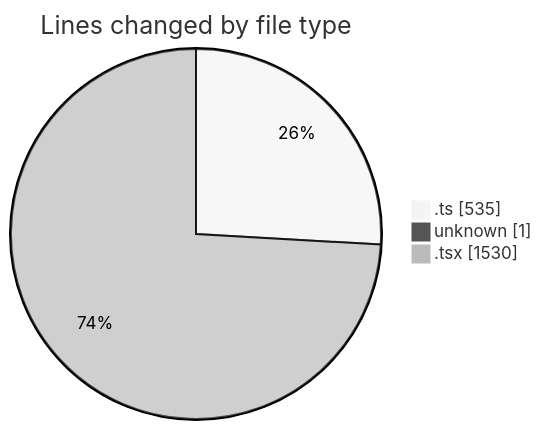
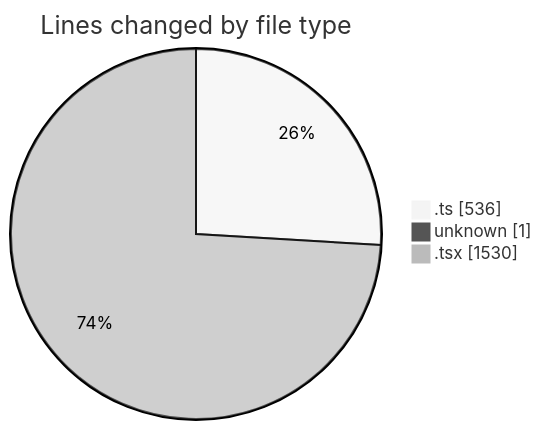
The first of 2 diagrams in 2025-02-17/mbc-web/README.md (robertbonfada/code-tracking), drawn with Mermaid (neutral theme) before and after one commit. The commit also changed other lines of this file and 1 other file, not shown here.

````diff
--- a/2025-02-17/mbc-web/README.md
+++ b/2025-02-17/mbc-web/README.md
@@ -31,7 +31,7 @@
 ```mermaid
 pie showData
 title Lines changed by file type
-".ts" : 535
+".ts" : 536
 "unknown" : 1
 ".tsx" : 1530
 ```
````
